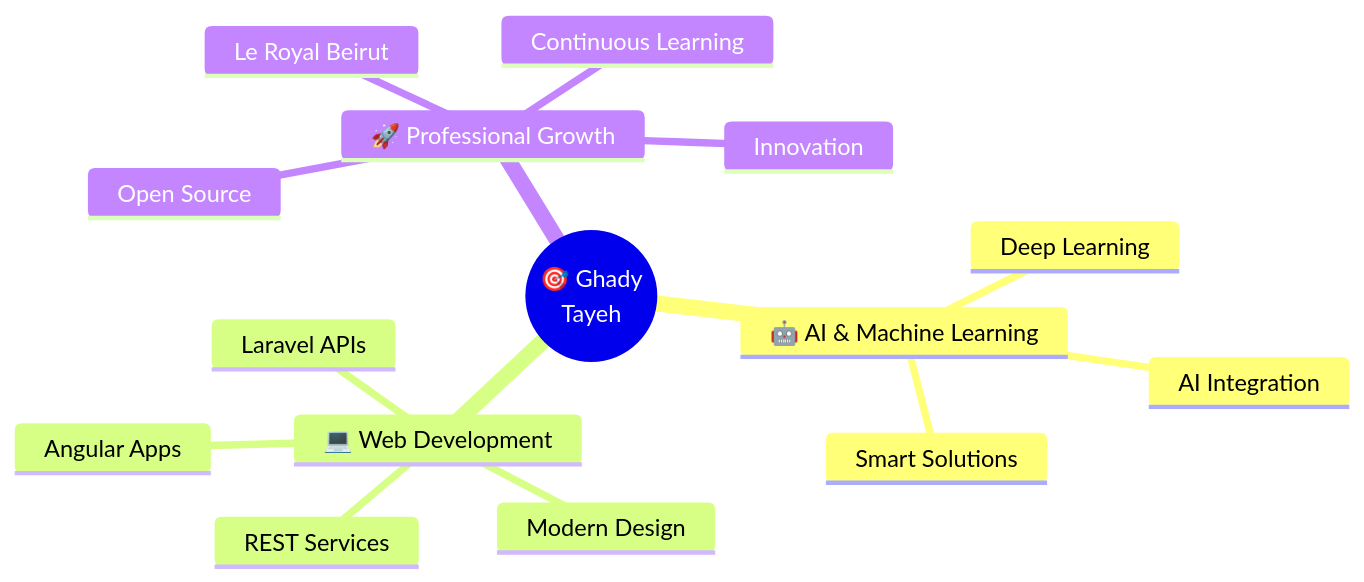
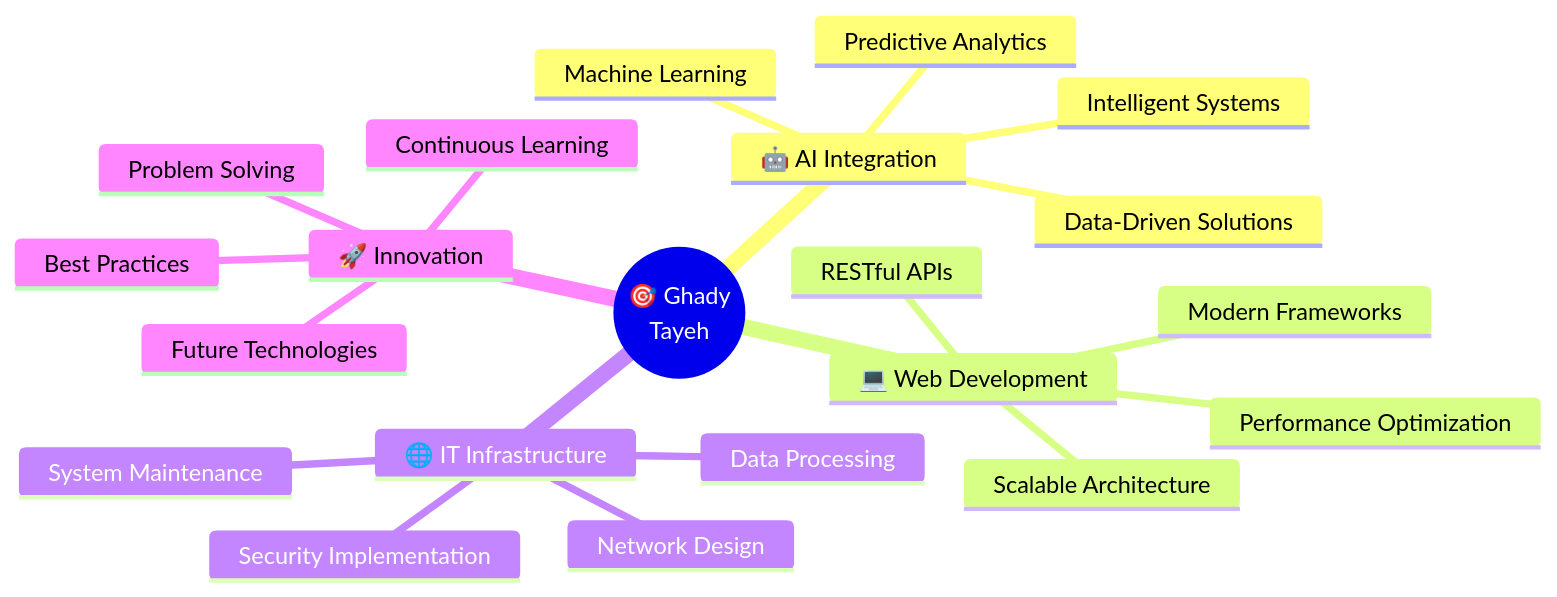
The second of 2 diagrams in README.md (ghady7/ghady7), drawn with Mermaid before and after one commit. The commit also changed other lines of this file, not shown here.

````diff
--- a/README.md
+++ b/README.md
@@ -309,18 +428,24 @@
 ```mermaid
 mindmap
   root((🎯 Ghady<br/>Tayeh))
-    🤖 AI & Machine Learning
-      Deep Learning
-      AI Integration
-      Smart Solutions
+    🤖 AI Integration
+      Machine Learning
+      Intelligent Systems
+      Predictive Analytics
+      Data-Driven Solutions
     💻 Web Development
-      Angular Apps
-      Laravel APIs
-      Modern Design
-      REST Services
-    🚀 Professional Growth
-      Le Royal Beirut
-      Open Source
+      Scalable Architecture
+      Modern Frameworks
+      RESTful APIs
+      Performance Optimization
+    🌐 IT Infrastructure
+      Network Design
+      Data Processing
+      System Maintenance
+      Security Implementation
+    🚀 Innovation
+      Problem Solving
       Continuous Learning
-      Innovation
+      Best Practices
+      Future Technologies
 ```
````
